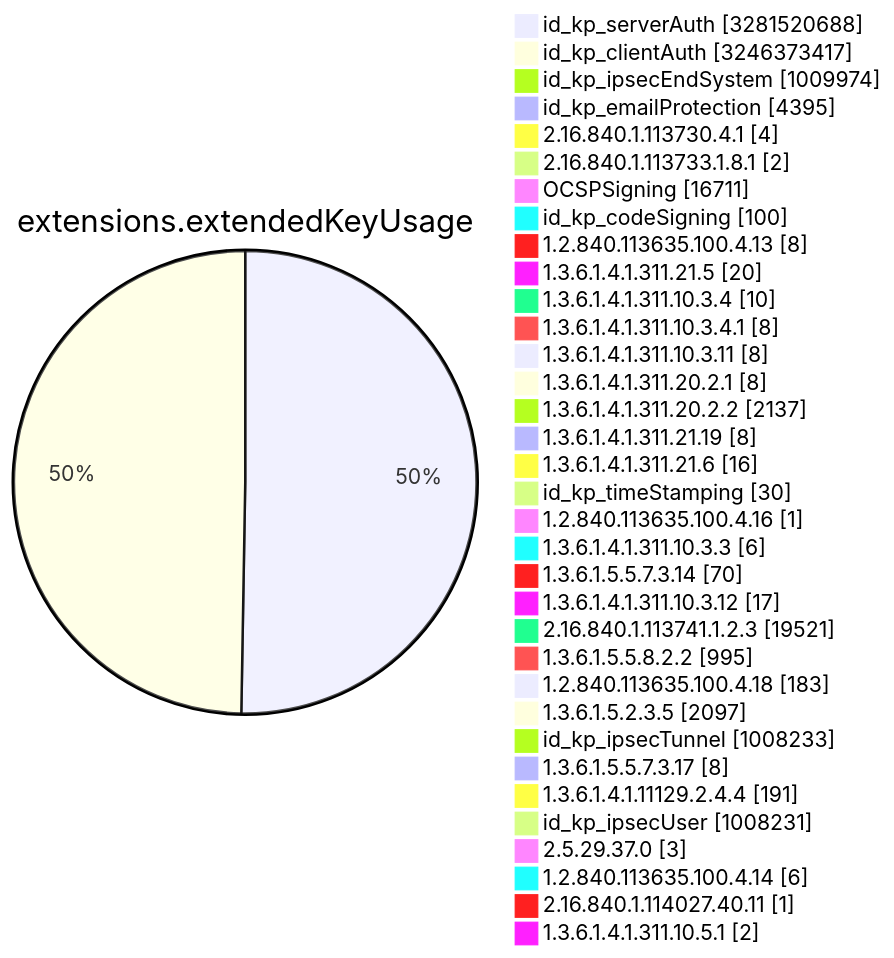
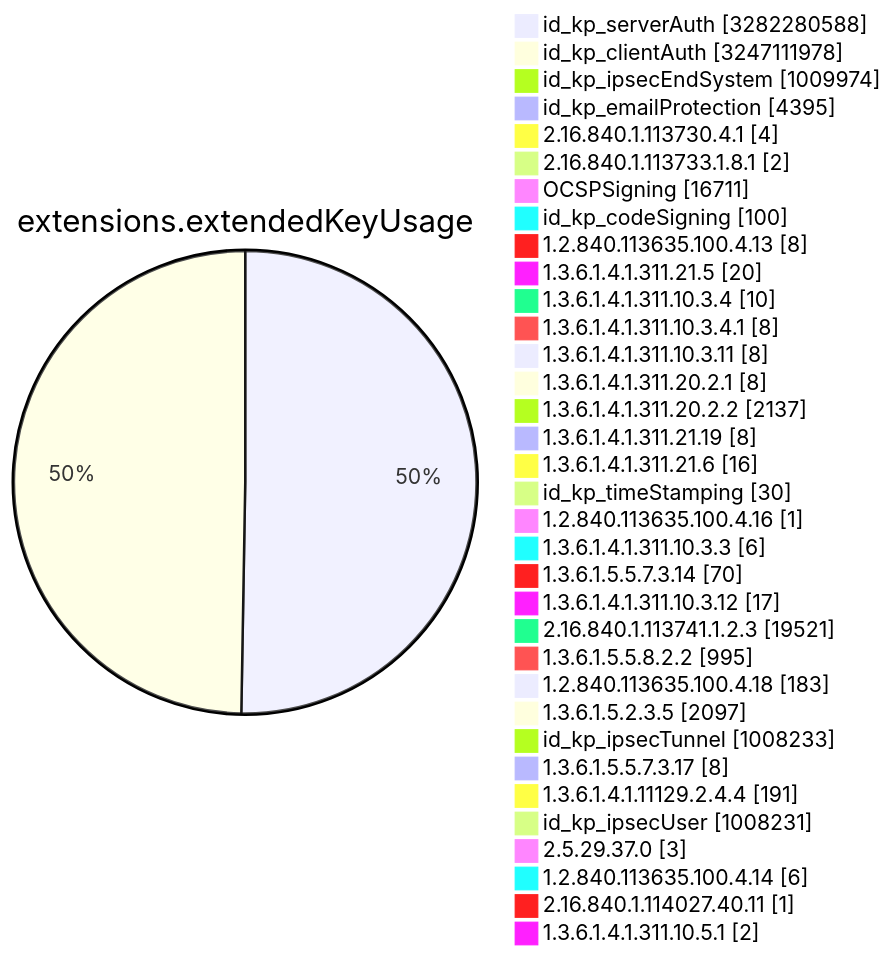
One commit to christiankrug/ctmonitor_visualization changed diagram 11 of 15 in TOTAL/README.md. Above: the diagram before and after it, drawn with Mermaid. The commit also changed other lines of this file, not shown here.

````diff
--- a/TOTAL/README.md
+++ b/TOTAL/README.md
@@ -4119,38 +4119,38 @@
 ```mermaid
 pie showData
 title extensions.extendedKeyUsage
-"id_kp_serverAuth" :3281520688
-"id_kp_clientAuth" :3246373417
+"id_kp_serverAuth" :3282280588
+"id_kp_clientAuth" :3247111978
 "id_kp_ipsecEndSystem" :1009974
 "id_kp_emailProtection" :4395
 "2.16.840.1.113730.4.1" :4
 "2.16.840.1.113733.1.8.1" :2
 "OCSPSigning" :16711
 "id_kp_codeSigning" :100
 "1.2.840.113635.100.4.13" :8
 "1.3.6.1.4.1.311.21.5" :20
 "1.3.6.1.4.1.311.10.3.4" :10
 "1.3.6.1.4.1.311.10.3.4.1" :8
 "1.3.6.1.4.1.311.10.3.11" :8
 "1.3.6.1.4.1.311.20.2.1" :8
 "1.3.6.1.4.1.311.20.2.2" :2137
 "1.3.6.1.4.1.311.21.19" :8
 "1.3.6.1.4.1.311.21.6" :16
 "id_kp_timeStamping" :30
 "1.2.840.113635.100.4.16" :1
 "1.3.6.1.4.1.311.10.3.3" :6
 "1.3.6.1.5.5.7.3.14" :70
 "1.3.6.1.4.1.311.10.3.12" :17
 "2.16.840.1.113741.1.2.3" :19521
 "1.3.6.1.5.5.8.2.2" :995
 "1.2.840.113635.100.4.18" :183
 "1.3.6.1.5.2.3.5" :2097
 "id_kp_ipsecTunnel" :1008233
 "1.3.6.1.5.5.7.3.17" :8
 "1.3.6.1.4.1.11129.2.4.4" :191
 "id_kp_ipsecUser" :1008231
 "2.5.29.37.0" :3
 "1.2.840.113635.100.4.14" :6
 "2.16.840.1.114027.40.11" :1
 "1.3.6.1.4.1.311.10.5.1" :2
 ```
````
